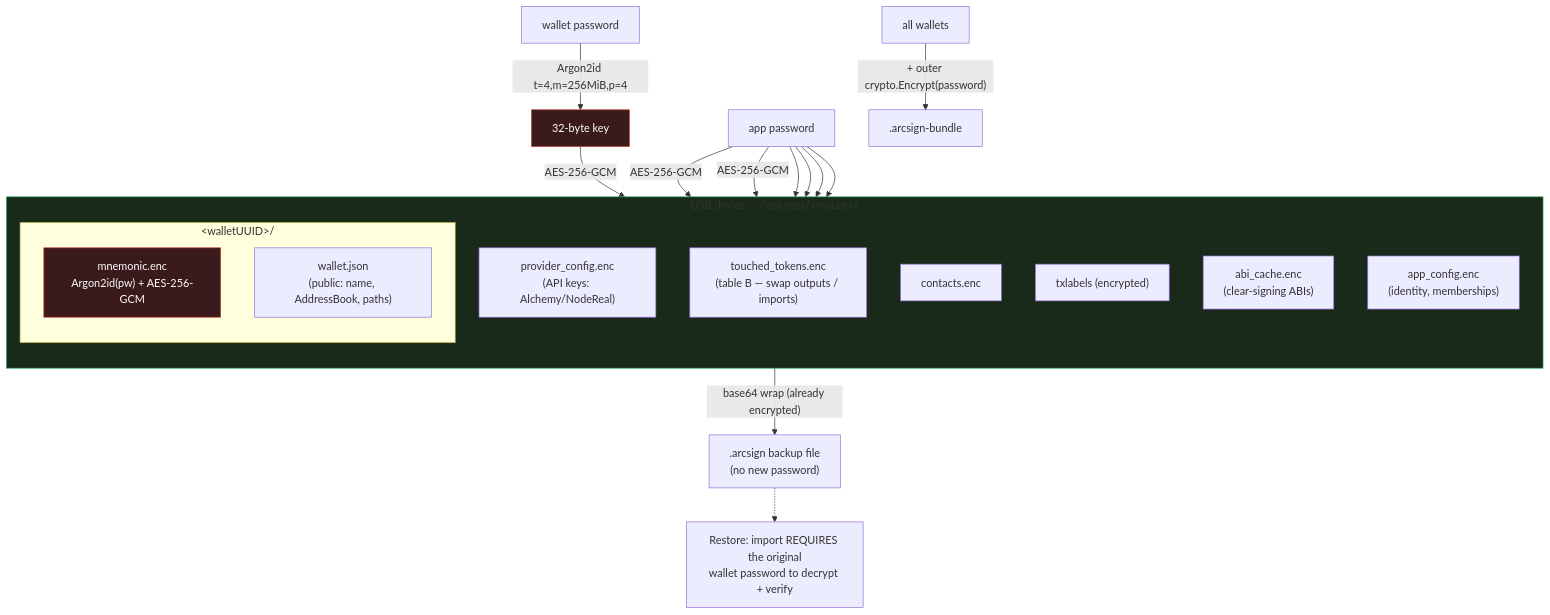
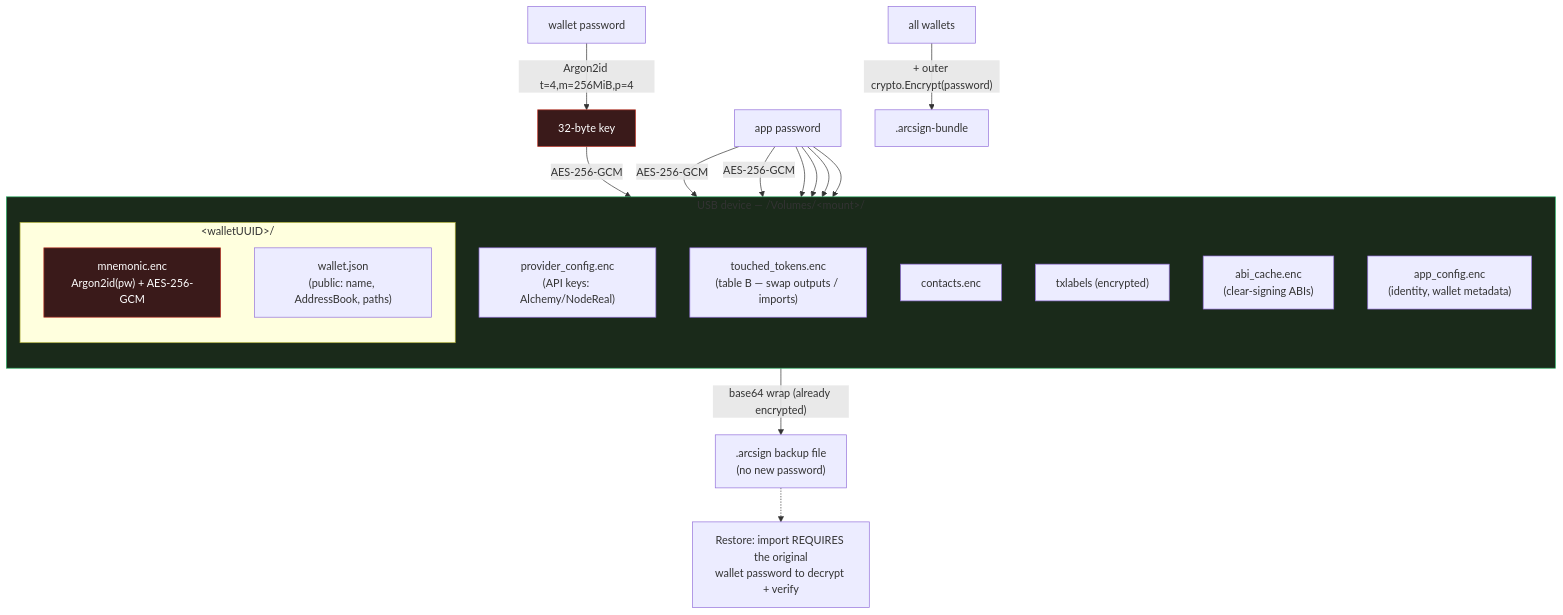
Before and after one commit to arcsignio/arcsign: the second of 9 diagrams in docs/architecture.md, drawn with Mermaid. The commit also changed other lines of this file and 108 other files, not shown here.

````diff
--- a/docs/architecture.md
+++ b/docs/architecture.md
@@ -283,31 +283,31 @@
 ```mermaid
 flowchart TD
     subgraph usb["USB device — /Volumes/&lt;mount&gt;/"]
         direction TB
         subgraph wdir["&lt;walletUUID&gt;/"]
             mn["mnemonic.enc<br/>Argon2id(pw) + AES-256-GCM"]
             wj["wallet.json<br/>(public: name, AddressBook, paths)"]
         end
         pc["provider_config.enc<br/>(API keys: Alchemy/NodeReal)"]
         tt["touched_tokens.enc<br/>(table B — swap outputs / imports)"]
         ct["contacts.enc"]
         tl["txlabels (encrypted)"]
         ab["abi_cache.enc<br/>(clear-signing ABIs)"]
-        ac["app_config.enc<br/>(identity, memberships)"]
+        ac["app_config.enc<br/>(identity, wallet metadata)"]
     end
 
     pw["wallet password"] -->|"Argon2id t=4,m=256MiB,p=4"| key["32-byte key"]
     key -->|"AES-256-GCM"| mn
     apppw["app password"] -->|"AES-256-GCM"| pc & ac
     apppw --> tt & ct & tl & ab
 
     mn -->|"base64 wrap (already encrypted)"| arc[".arcsign backup file<br/>(no new password)"]
     mn2["all wallets"] -->|"+ outer crypto.Encrypt(password)"| bundle[".arcsign-bundle"]
 
     note["Restore: import REQUIRES the original<br/>wallet password to decrypt + verify"]
     arc -.-> note
 
     style usb fill:#1a2a1a,stroke:#27ae60
     style mn fill:#3a1a1a,stroke:#c0392b,color:#fff
     style key fill:#3a1a1a,stroke:#c0392b,color:#fff
 ```
````
